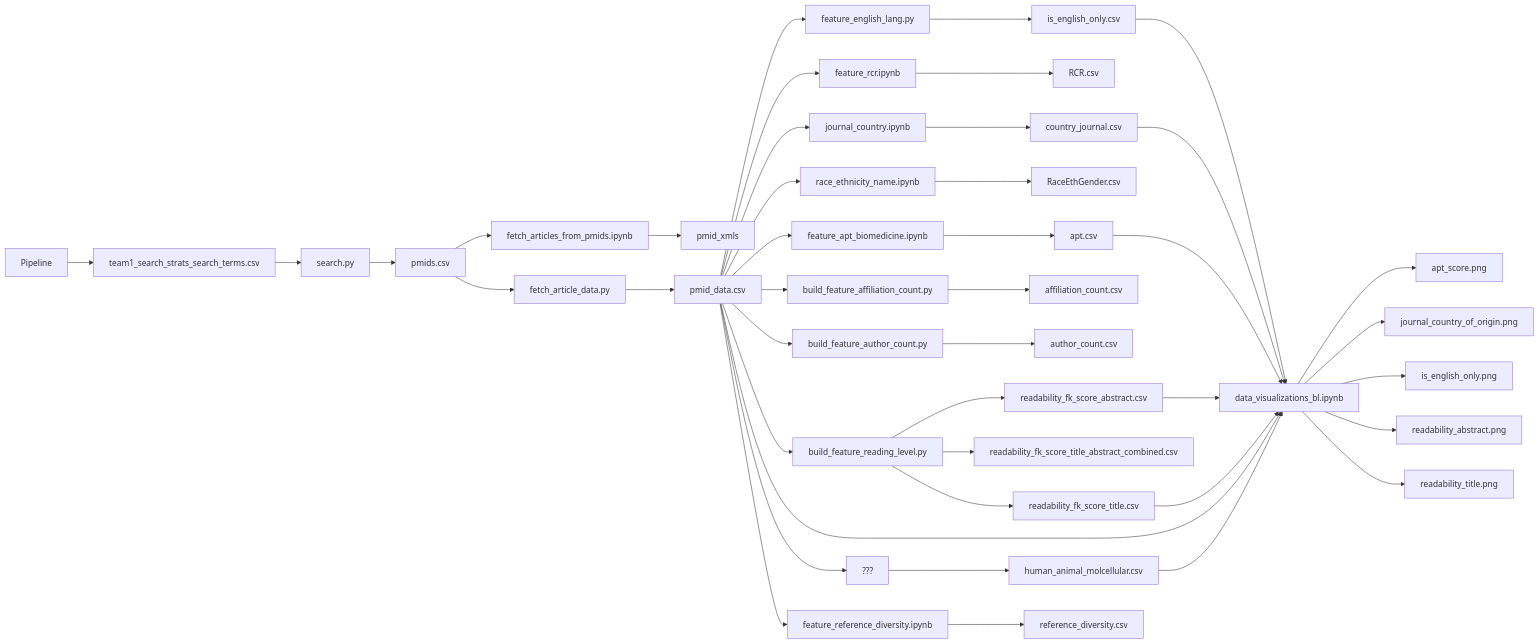
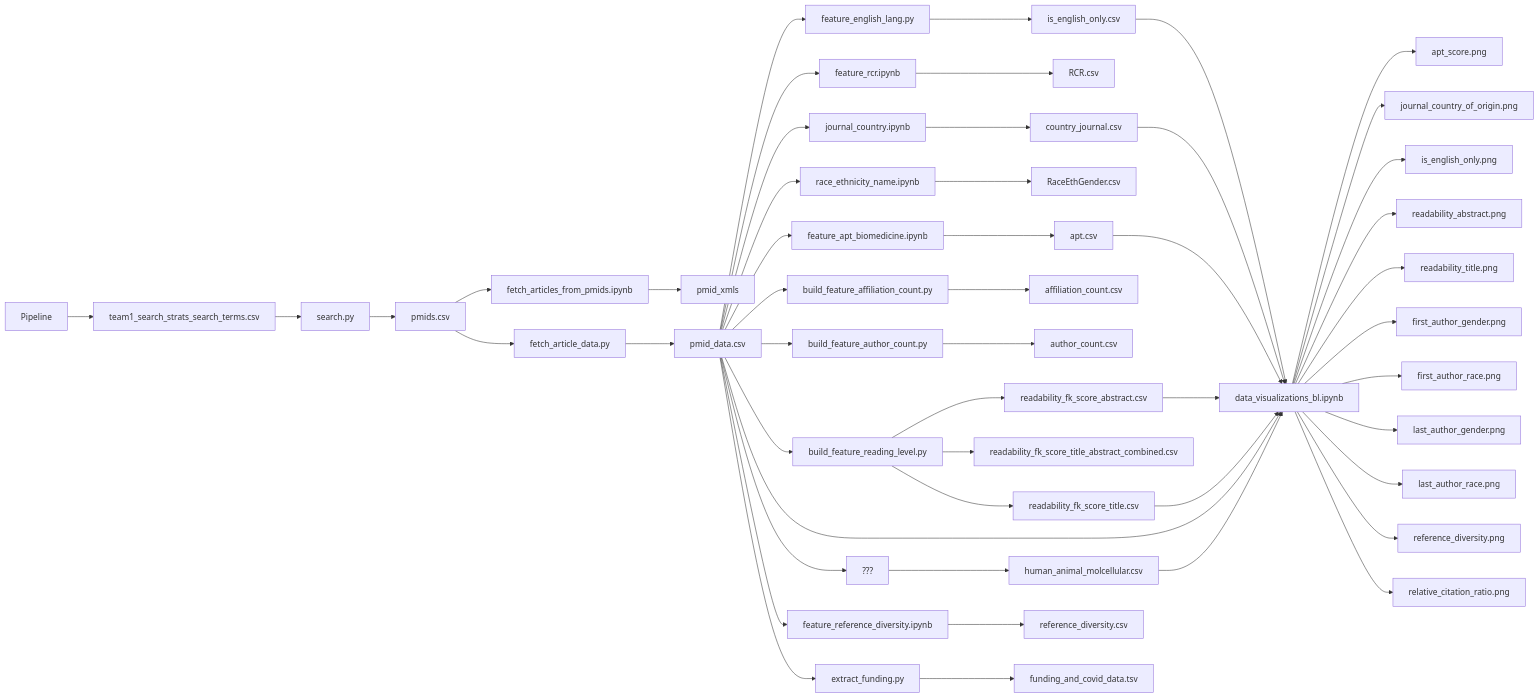
One commit to NCBI-Codeathons/pubmed-codeathon-team1 changed the diagram in README.md. Above: the diagram before and after it, drawn with Mermaid.

Commit message:
updating pipeline graph

````diff
--- a/README.md
+++ b/README.md
@@ -61,44 +61,52 @@
 ```mermaid
     graph LR;
         Pipeline-->team1_search_strats_search_terms.csv;
         team1_search_strats_search_terms.csv-->search.py
         search.py-->pmids.csv
         pmids.csv-->fetch_articles_from_pmids.ipynb
         fetch_articles_from_pmids.ipynb-->pmid_xmls
         pmids.csv-->fetch_article_data.py
         fetch_article_data.py-->pmid_data.csv
         pmid_data.csv-->feature_english_lang.py
         feature_english_lang.py-->is_english_only.csv
         pmid_data.csv-->feature_rcr.ipynb
         feature_rcr.ipynb-->RCR.csv
         pmid_data.csv-->journal_country.ipynb
         journal_country.ipynb-->country_journal.csv
         pmid_data.csv-->race_ethnicity_name.ipynb
         race_ethnicity_name.ipynb-->RaceEthGender.csv
         pmid_data.csv-->feature_apt_biomedicine.ipynb
         feature_apt_biomedicine.ipynb-->apt.csv
         pmid_data.csv-->build_feature_affiliation_count.py
         build_feature_affiliation_count.py-->affiliation_count.csv
         pmid_data.csv-->build_feature_author_count.py
         build_feature_author_count.py-->author_count.csv
         pmid_data.csv-->build_feature_reading_level.py
         build_feature_reading_level.py-->readability_fk_score_abstract.csv
         build_feature_reading_level.py-->readability_fk_score_title_abstract_combined.csv
         build_feature_reading_level.py-->readability_fk_score_title.csv
         pmid_data.csv-->data_visualizations_bl.ipynb
         apt.csv-->data_visualizations_bl.ipynb
         pmid_data.csv-->???
         ???-->human_animal_molcellular.csv
         data_visualizations_bl.ipynb-->apt_score.png
         country_journal.csv-->data_visualizations_bl.ipynb
         data_visualizations_bl.ipynb-->journal_country_of_origin.png
         is_english_only.csv-->data_visualizations_bl.ipynb
         data_visualizations_bl.ipynb-->is_english_only.png
         human_animal_molcellular.csv-->data_visualizations_bl.ipynb
         readability_fk_score_abstract.csv-->data_visualizations_bl.ipynb
         data_visualizations_bl.ipynb-->readability_abstract.png
         readability_fk_score_title.csv-->data_visualizations_bl.ipynb
         data_visualizations_bl.ipynb-->readability_title.png
         pmid_data.csv-->feature_reference_diversity.ipynb
         feature_reference_diversity.ipynb-->reference_diversity.csv
+        data_visualizations_bl.ipynb-->first_author_gender.png
+        data_visualizations_bl.ipynb-->first_author_race.png
+        data_visualizations_bl.ipynb-->last_author_gender.png
+        data_visualizations_bl.ipynb-->last_author_race.png
+        data_visualizations_bl.ipynb-->reference_diversity.png
+        data_visualizations_bl.ipynb-->relative_citation_ratio.png
+        pmid_data.csv-->extract_funding.py
+        extract_funding.py-->funding_and_covid_data.tsv
 ```
````
